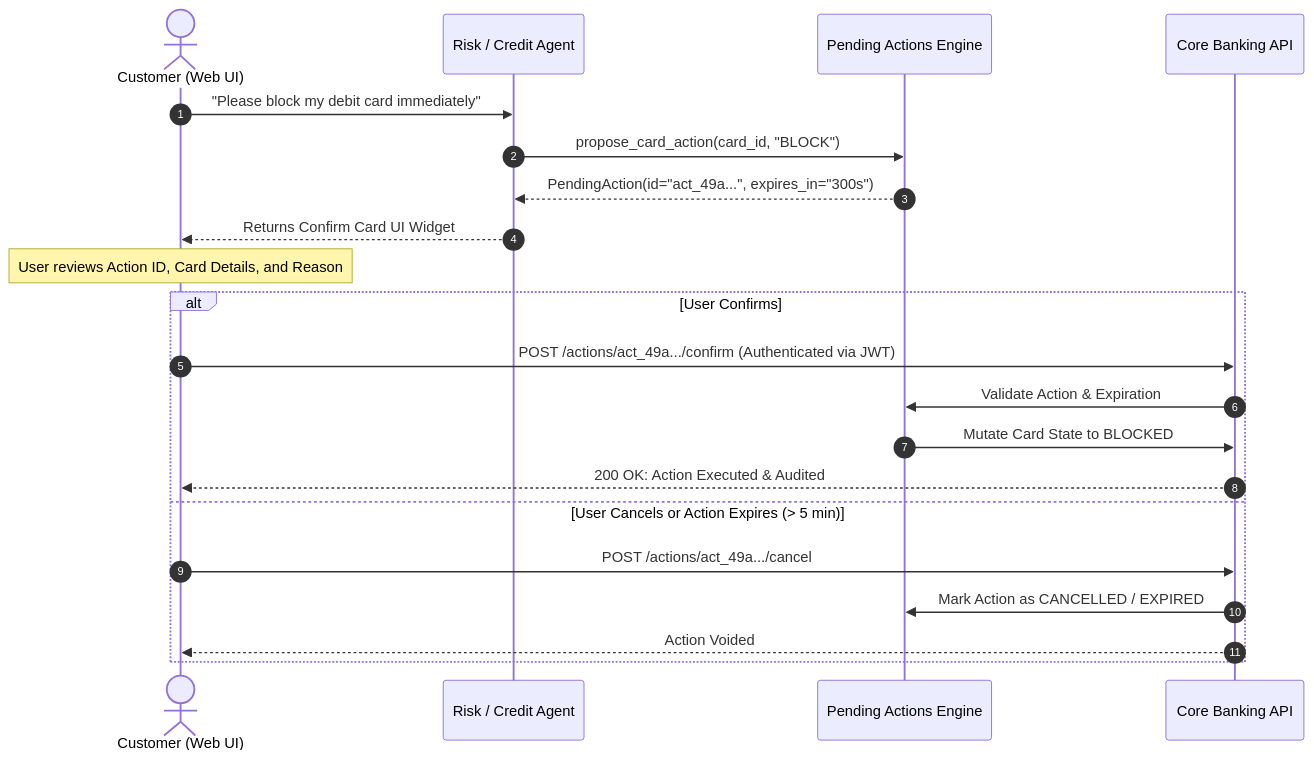
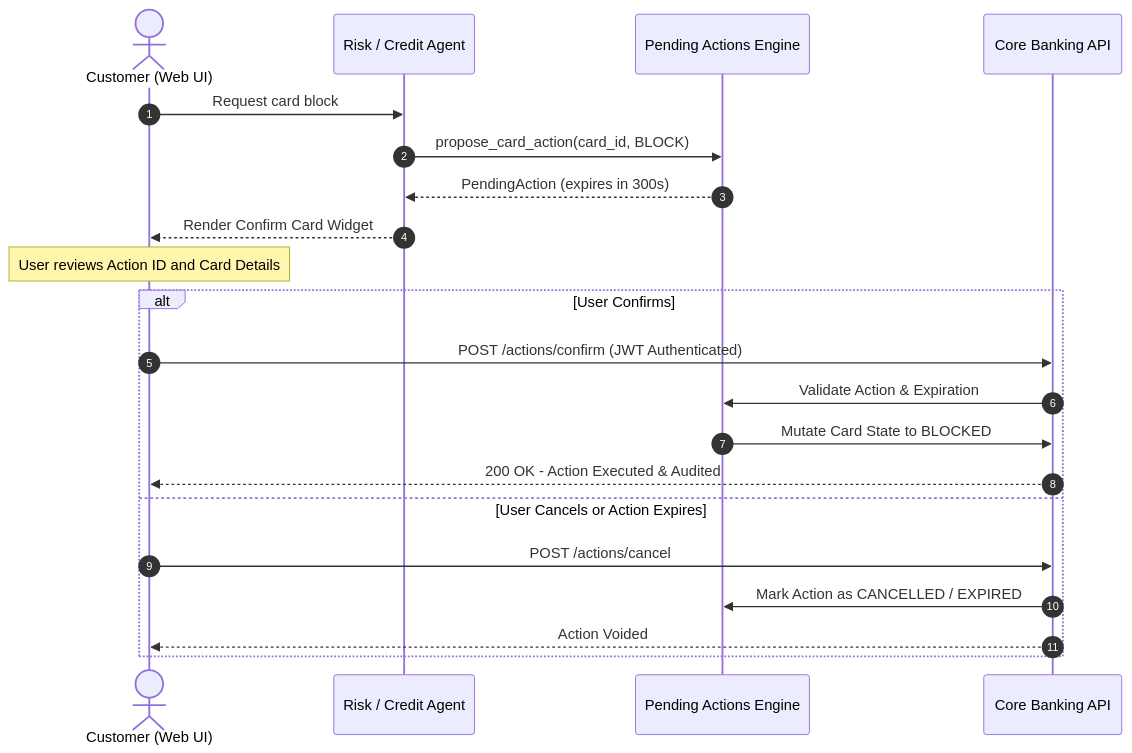
One commit to GughanS/meridian-banking-agents changed the third of 3 diagrams in README.md. Above: the diagram before and after it, drawn with Mermaid. The commit also changed other lines of this file, not shown here.

Commit message:
docs: fix Mermaid diagram syntax for GitHub markdown renderer

````diff
--- a/README.md
+++ b/README.md
@@ -153,26 +155,26 @@
 ```mermaid
 sequenceDiagram
     autonumber
     actor Customer as Customer (Web UI)
     participant Agent as Risk / Credit Agent
     participant Engine as Pending Actions Engine
     participant Core as Core Banking API
     
-    Customer->>Agent: "Please block my debit card immediately"
-    Agent->>Engine: propose_card_action(card_id, "BLOCK")
-    Engine-->>Agent: PendingAction(id="act_49a...", expires_in="300s")
-    Agent-->>Customer: Returns Confirm Card UI Widget
+    Customer->>Agent: Request card block
+    Agent->>Engine: propose_card_action(card_id, BLOCK)
+    Engine-->>Agent: PendingAction (expires in 300s)
+    Agent-->>Customer: Render Confirm Card Widget
     
-    Note over Customer: User reviews Action ID, Card Details, and Reason
+    Note over Customer: User reviews Action ID and Card Details
     
     alt User Confirms
-        Customer->>Core: POST /actions/act_49a.../confirm (Authenticated via JWT)
+        Customer->>Core: POST /actions/confirm (JWT Authenticated)
         Core->>Engine: Validate Action & Expiration
         Engine->>Core: Mutate Card State to BLOCKED
-        Core-->>Customer: 200 OK: Action Executed & Audited
-    else User Cancels or Action Expires (> 5 min)
-        Customer->>Core: POST /actions/act_49a.../cancel
+        Core-->>Customer: 200 OK - Action Executed & Audited
+    else User Cancels or Action Expires
+        Customer->>Core: POST /actions/cancel
         Core->>Engine: Mark Action as CANCELLED / EXPIRED
         Core-->>Customer: Action Voided
     end
 ```
````
